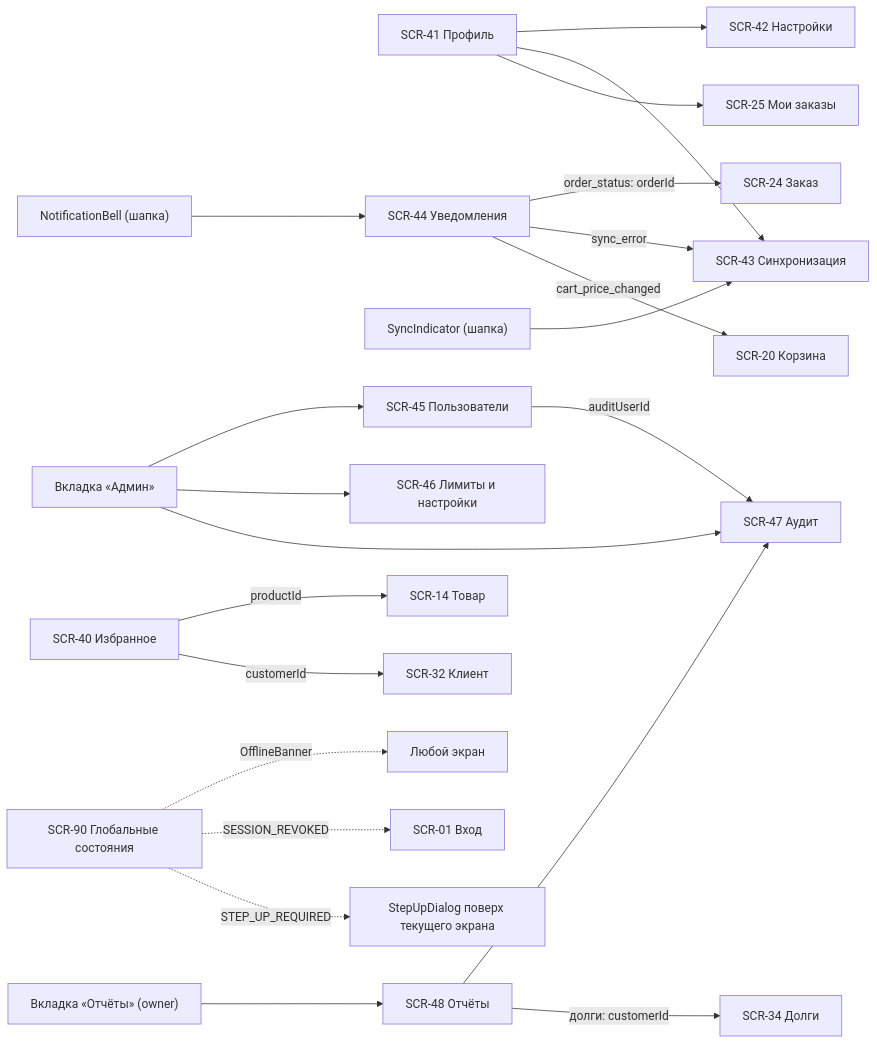
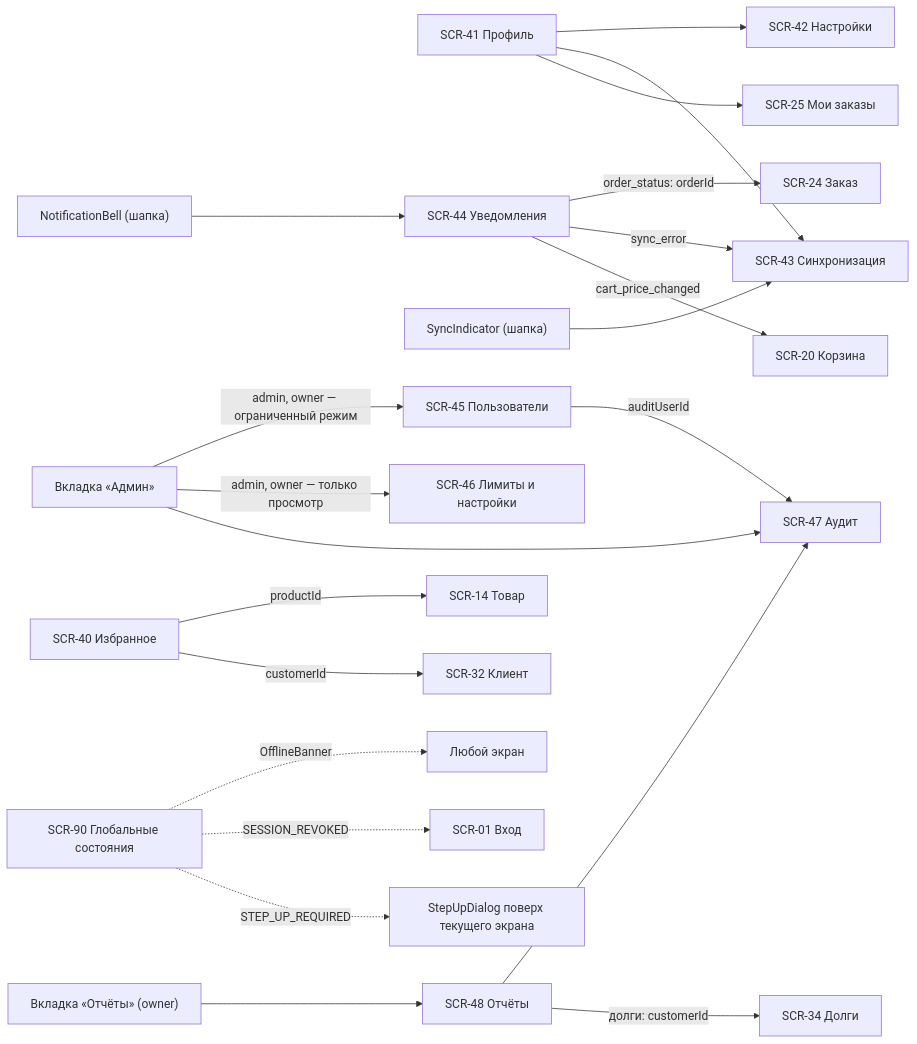
Before and after one commit to adhamjon100/optomstroy: the fifth of 6 diagrams in docs/specification/visual/screen-map.md, drawn with Mermaid. The commit also changed other lines of this file and 2687 other files, not shown here.

````diff
--- a/docs/specification/visual/screen-map.md
+++ b/docs/specification/visual/screen-map.md
@@ -363,23 +369,23 @@
 ```mermaid
 flowchart LR
   P["SCR-41 Профиль"] --> S42["SCR-42 Настройки"]
   P --> S43["SCR-43 Синхронизация"]
   P --> S25["SCR-25 Мои заказы"]
   B["NotificationBell (шапка)"] --> S44["SCR-44 Уведомления"]
   S44 -->|"order_status: orderId"| S24["SCR-24 Заказ"]
   S44 -->|"sync_error"| S43
   S44 -->|"cart_price_changed"| S20["SCR-20 Корзина"]
   I["SyncIndicator (шапка)"] --> S43
-  ADM["Вкладка «Админ»"] --> S45["SCR-45 Пользователи"]
-  ADM --> S46["SCR-46 Лимиты и настройки"]
+  ADM["Вкладка «Админ»"] -->|"admin, owner — ограниченный режим"| S45["SCR-45 Пользователи"]
+  ADM -->|"admin, owner — только просмотр"| S46["SCR-46 Лимиты и настройки"]
   ADM --> S47["SCR-47 Аудит"]
   REP["Вкладка «Отчёты» (owner)"] --> S48["SCR-48 Отчёты"]
   S48 --> S47
   S48 -->|"долги: customerId"| S34["SCR-34 Долги"]
   S45 -->|"auditUserId"| S47
   F["SCR-40 Избранное"] -->|"productId"| S14["SCR-14 Товар"]
   F -->|"customerId"| S32["SCR-32 Клиент"]
   G90["SCR-90 Глобальные состояния"] -.->|"OfflineBanner"| ANY["Любой экран"]
   G90 -.->|"SESSION_REVOKED"| S01["SCR-01 Вход"]
   G90 -.->|"STEP_UP_REQUIRED"| SU["StepUpDialog поверх текущего экрана"]
 ```
````
